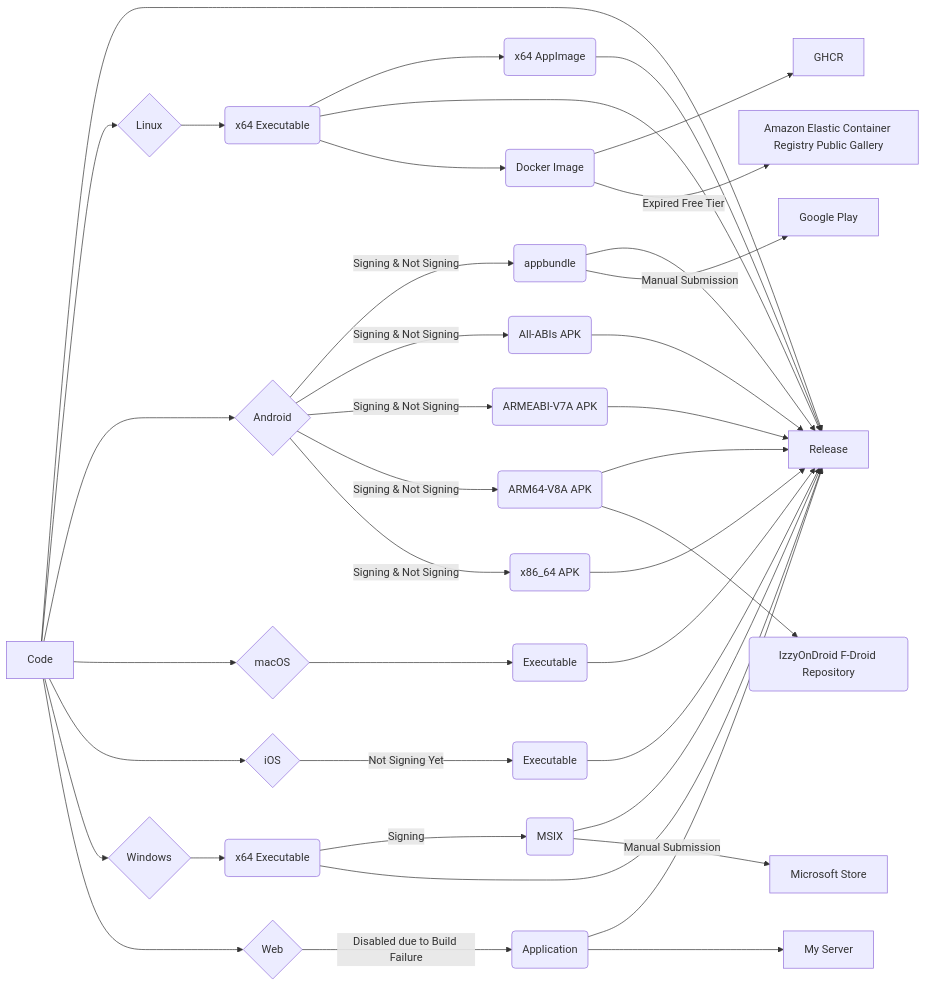
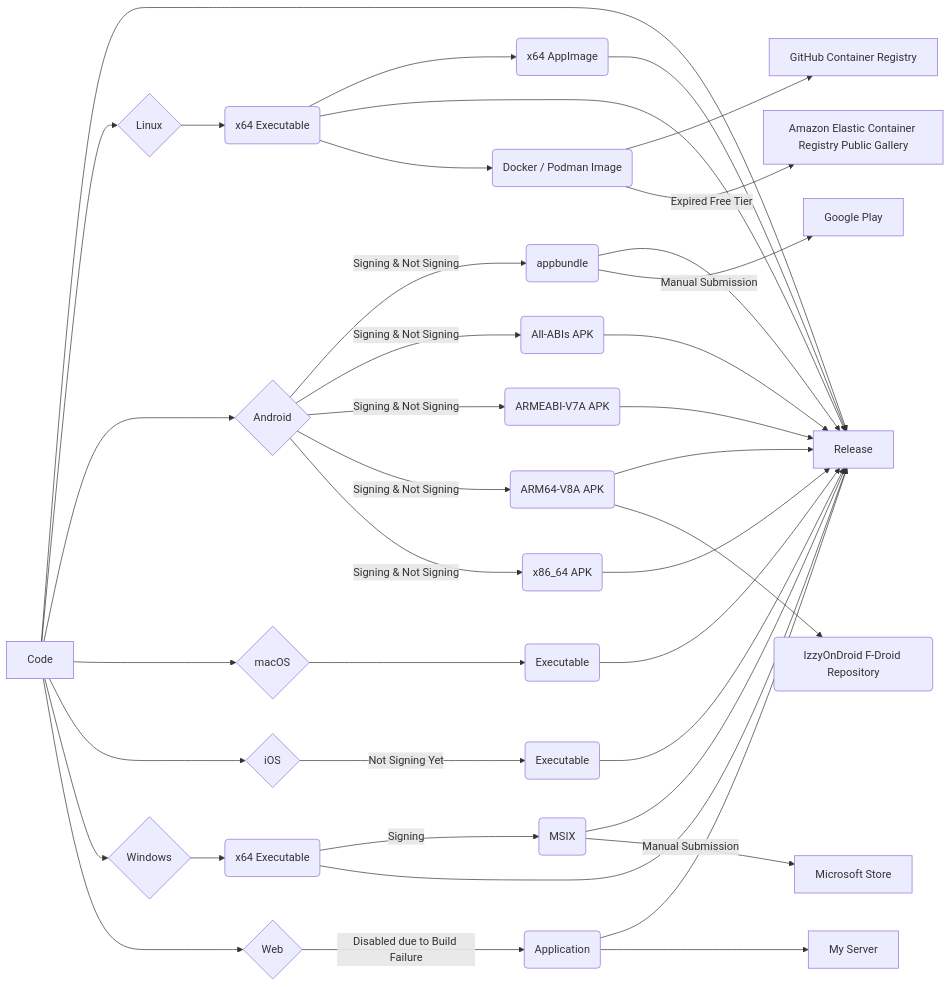
The diagram in README.md (bitscoper/bitscoper_cyberkit), drawn with Mermaid before and after one commit. The commit also changed other lines of this file and 1 other file, not shown here.

````diff
--- a/README.md
+++ b/README.md
@@ -245,48 +266,48 @@
 ```mermaid
 flowchart LR
 
 Code --> Release[Release]
 
 Code[Code] --> Linux{Linux}
 Linux --> Linux_x64_Executable(x64 Executable)
 Linux_x64_Executable --> Linux_x64_AppImage(x64 AppImage)
 Linux_x64_Executable --> Release[Release]
 Linux_x64_AppImage --> Release[Release]
-Linux_x64_Executable --> Linux_Docker_Image(Docker Image)
-Linux_Docker_Image --> GHCR[GHCR]
-Linux_Docker_Image --> |Expired Free Tier| Amazon_ECR_Public_Gallery[Amazon Elastic Container Registry Public Gallery]
+Linux_x64_Executable --> Linux_Docker_Podman_Image(Docker / Podman Image)
+Linux_Docker_Podman_Image --> GitHub_Container_Registry[GitHub Container Registry]
+Linux_Docker_Podman_Image --> |Expired Free Tier| Amazon_ECR_Public_Gallery[Amazon Elastic Container Registry Public Gallery]
 
 Code --> Android{Android}
 Android --> |Signing & Not Signing| Android_appbundle(appbundle)
 Android --> |Signing & Not Signing| Android_All_ABIs_APK(All-ABIs APK)
 Android --> |Signing & Not Signing| Android_ARMEABI_V7A_APK(ARMEABI-V7A APK)
 Android --> |Signing & Not Signing| Android_ARM64_V8A_APK(ARM64-V8A APK)
 Android --> |Signing & Not Signing| Android_x86_64_APK(x86_64 APK)
 Android_appbundle --> Release[Release]
 Android_All_ABIs_APK --> Release[Release]
 Android_x86_64_APK --> Release[Release]
 Android_ARM64_V8A_APK --> Release[Release]
 Android_ARMEABI_V7A_APK --> Release[Release]
 Android_ARM64_V8A_APK --> IzzyOnDroid_FDroid_Repository(IzzyOnDroid F-Droid Repository)
 Android_appbundle --> |Manual Submission| Google_Play[Google Play]
 
 Code --> macOS{macOS}
 macOS --> macOS_Executable(Executable)
 macOS_Executable --> Release[Release]
 
 Code --> iOS{iOS}
 iOS --> |Not Signing Yet| iOS_Executable(Executable)
 iOS_Executable --> Release[Release]
 
 Code --> Windows{Windows}
 Windows --> Windows_x64_Executable(x64 Executable)
 Windows_x64_Executable --> |Signing| Windows_MSIX(MSIX)
 Windows_x64_Executable --> Release[Release]
 Windows_MSIX --> Release[Release]
 Windows_MSIX --> |Manual Submission| Microsoft_Store[Microsoft Store]
 
 Code --> Web{Web}
 Web --> |Disabled due to Build Failure| Web_Application(Application)
 Web_Application --> Release[Release]
 Web_Application --> My_Server[My Server]
 ```
````
